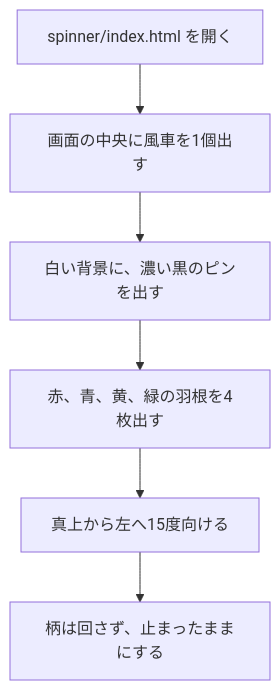
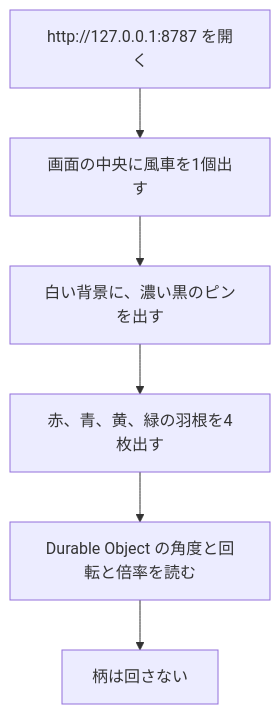
The second of 9 diagrams in spinner/ドキュメント/ユースケース.md (pfgnsb/hand-spinner), drawn with Mermaid before and after one commit. The commit also changed other lines of this file and 22 other files, not shown here.

Commit message:
回した向きと倍率を Durable Object に残し、README に技術スタックを書く。

````diff
--- a/spinner/ドキュメント/ユースケース.md
+++ b/spinner/ドキュメント/ユースケース.md
@@ -54,8 +54,8 @@
 ```mermaid
 flowchart TD
-  a["spinner/index.html を開く"] --> b[画面の中央に風車を1個出す]
+  a["http://127.0.0.1:8787 を開く"] --> b[画面の中央に風車を1個出す]
   b --> c[白い背景に、濃い黒のピンを出す]
   c --> d[赤、青、黄、緑の羽根を4枚出す]
-  d --> e[真上から左へ15度向ける]
-  e --> f[柄は回さず、止まったままにする]
+  d --> e[Durable Object の角度と回転と倍率を読む]
+  e --> f[柄は回さない]
 ```
````
